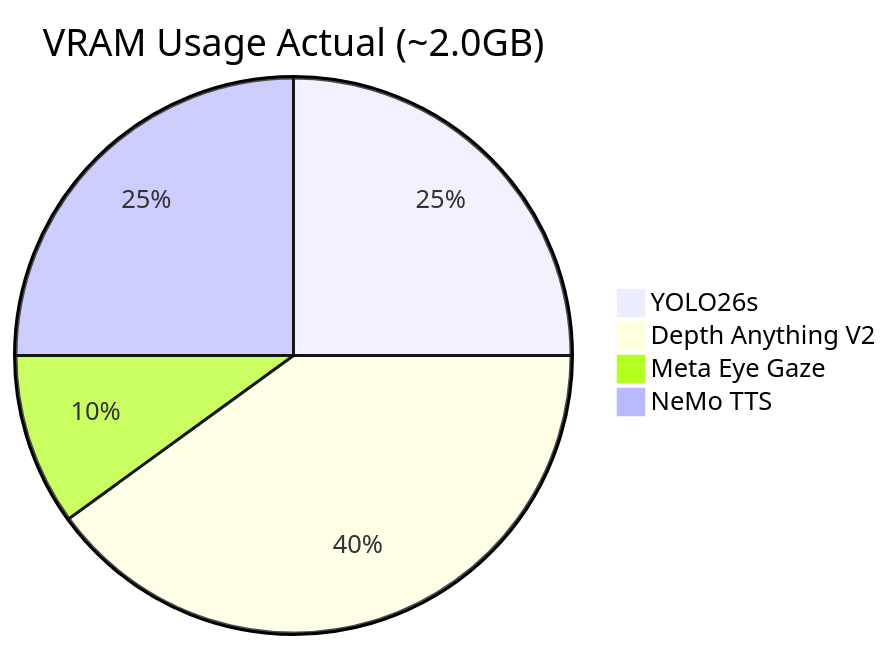
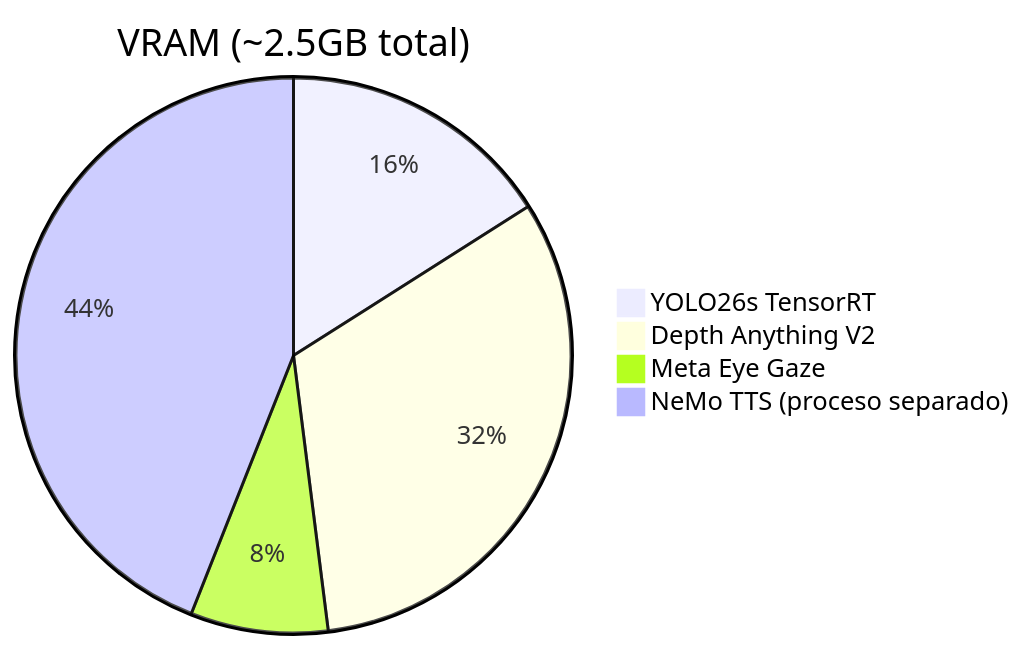
Before and after one commit to robertteleng/aria-demo: the tenth of 10 diagrams in docs/README.md, drawn with Mermaid. The commit also changed other lines of this file and 3 other files, not shown here.

````diff
--- a/docs/README.md
+++ b/docs/README.md
@@ -347,7 +541,7 @@
 ```mermaid
-pie title VRAM Usage Actual (~2.0GB)
-    "YOLO26s" : 0.5
+pie title VRAM (~2.5GB total)
+    "YOLO26s TensorRT" : 0.4
     "Depth Anything V2" : 0.8
     "Meta Eye Gaze" : 0.2
-    "NeMo TTS" : 0.5
+    "NeMo TTS (proceso separado)" : 1.1
 ```
````
